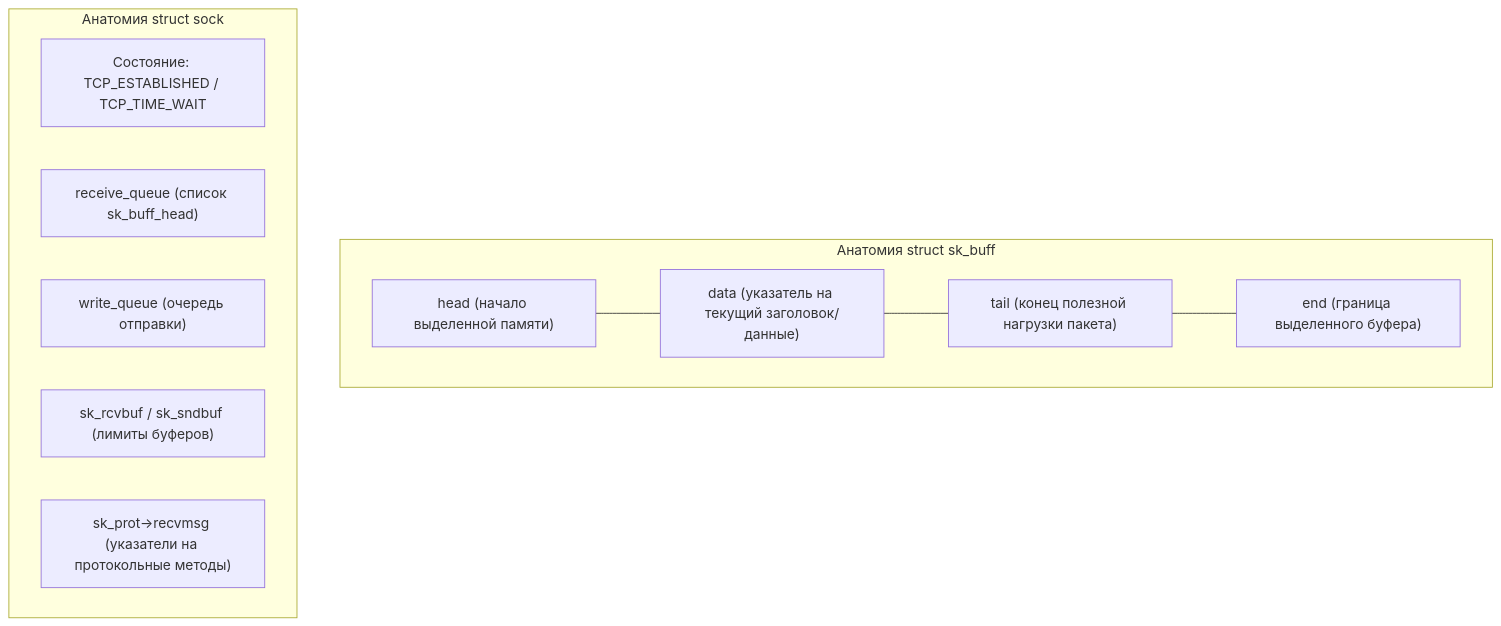
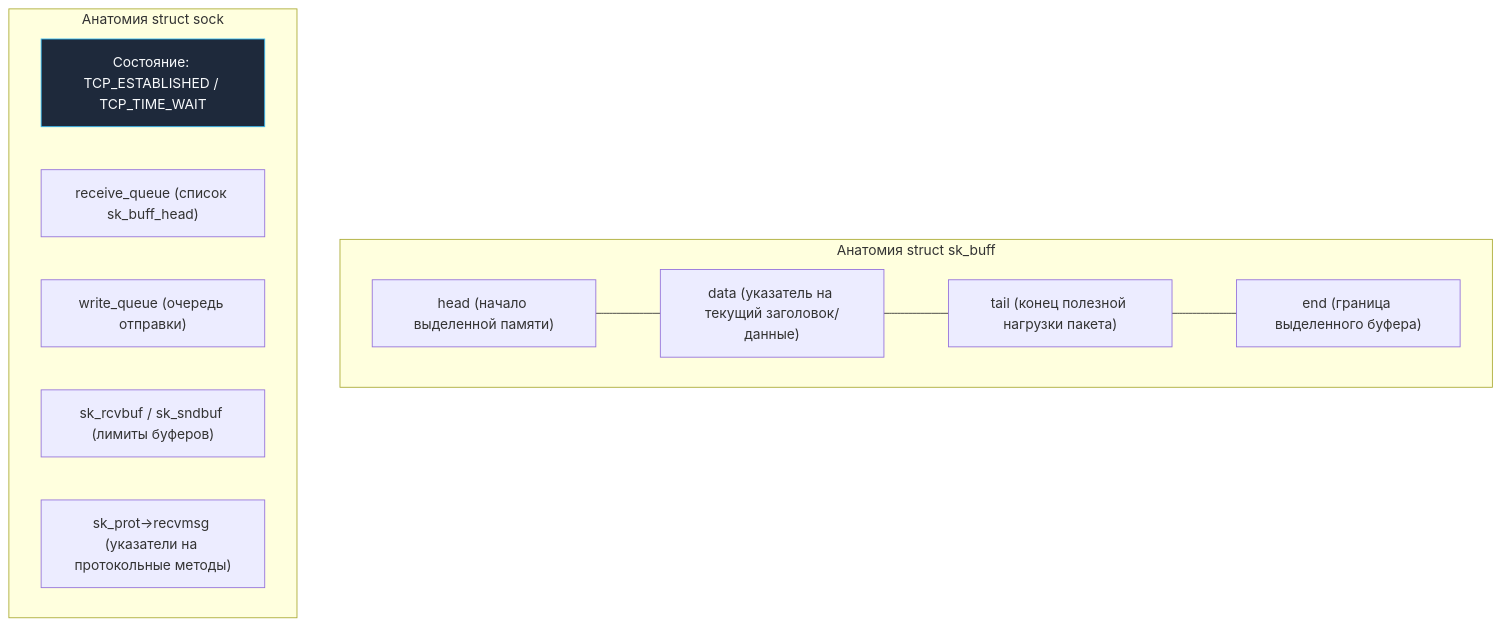
The fourth of 5 diagrams in sources/2. Устройство и работа ОС/47. Сетевая подсистема ОС.md (UnrealTemplier/go-textbook), drawn with Mermaid before and after one commit. The commit also changed other lines of this file and 1666 other files, not shown here.

First line of the commit message:
feat(mermaid): add semantic color classDef to 1369 colorless flowchart/graph diagrams

````diff
--- a/sources/2. Устройство и работа ОС/47. Сетевая подсистема ОС.md
+++ b/sources/2. Устройство и работа ОС/47. Сетевая подсистема ОС.md
@@ -112,18 +142,28 @@
 ```mermaid
 flowchart TD
+    classDef process  fill:#1e293b,stroke:#38bdf8,stroke-width:1px,color:#f8fafc
+    classDef success  fill:#064e3b,stroke:#34d399,stroke-width:1px,color:#f8fafc
+    classDef error    fill:#7f1d1d,stroke:#f87171,stroke-width:1px,color:#f8fafc
+    classDef warning  fill:#78350f,stroke:#fbbf24,stroke-width:1px,color:#f8fafc
+    classDef entry    fill:#1e3a5f,stroke:#38bdf8,stroke-width:2px,color:#f8fafc
+    classDef aux      fill:#334155,stroke:#64748b,stroke-width:1px,color:#f8fafc
+    classDef system   fill:#312e81,stroke:#a78bfa,stroke-width:1px,color:#f8fafc
+    classDef data     fill:#132d29,stroke:#2dd4bf,stroke-width:1px,color:#f8fafc
+    classDef network  fill:#881337,stroke:#fb7185,stroke-width:1px,color:#f8fafc
+    classDef accent   fill:#1e1b4b,stroke:#818cf8,stroke-width:1px,color:#f8fafc
     subgraph SKBStructure["Анатомия struct sk_buff"]
         Head["head (начало выделенной памяти)"]
         Data["data (указатель на текущий заголовок/данные)"]
         Tail["tail (конец полезной нагрузки пакета)"]
         End["end (граница выделенного буфера)"]
         Head --- Data --- Tail --- End
     end
 
     subgraph SockStructure["Анатомия struct sock"]
-        State["Состояние: TCP_ESTABLISHED / TCP_TIME_WAIT"]
+        State["Состояние: TCP_ESTABLISHED / TCP_TIME_WAIT"]:::process
         RecvQ["receive_queue (список sk_buff_head)"]
         WriteQ["write_queue (очередь отправки)"]
         Limits["sk_rcvbuf / sk_sndbuf (лимиты буферов)"]
         Proto["sk_prot->recvmsg (указатели на протокольные методы)"]
     end
 ```
````
